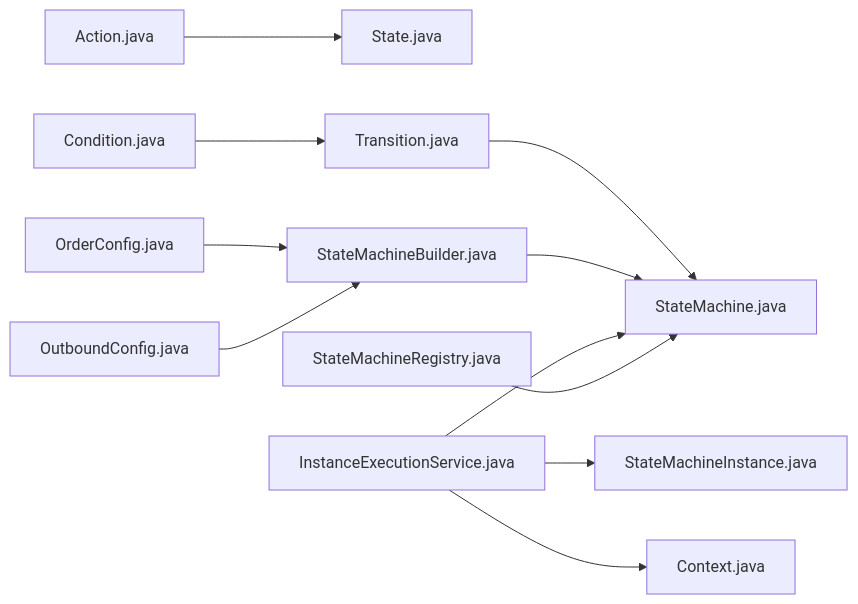
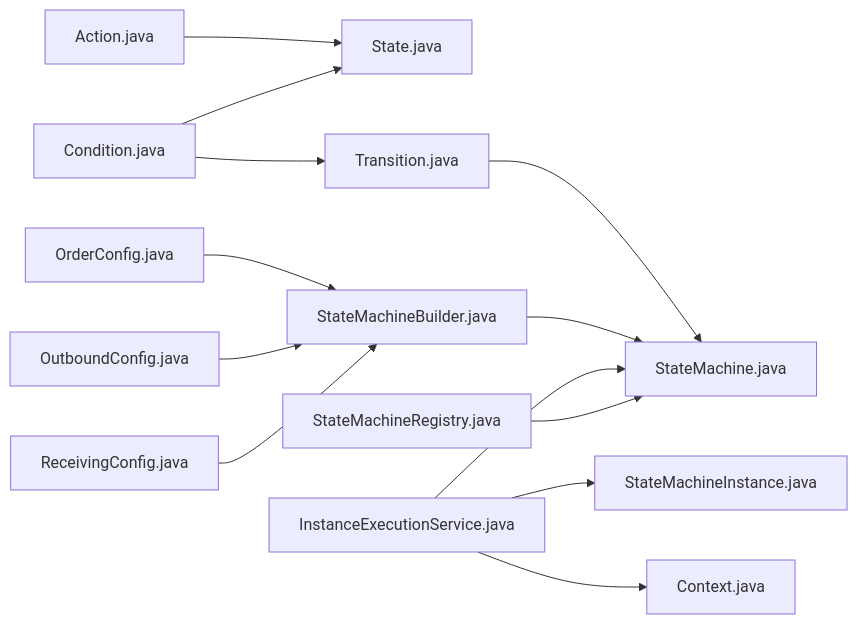
One commit to xiaoche80s-tech/state-machine-parent changed the seventh of 7 diagrams in .qoder/repowiki/zh/content/状态机定义/状态定义.md. Above: the diagram before and after it, drawn with Mermaid. The commit also changed other lines of this file and 17 other files, not shown here.

````diff
--- a/.qoder/repowiki/zh/content/状态机定义/状态定义.md
+++ b/.qoder/repowiki/zh/content/状态机定义/状态定义.md
@@ -370,13 +445,15 @@
 ```mermaid
 graph LR
 A["Action.java"] --> B["State.java"]
-C["Condition.java"] --> D["Transition.java"]
+C["Condition.java"] --> B
+C --> D["Transition.java"]
 D --> E["StateMachine.java"]
 F["StateMachineBuilder.java"] --> E
 G["InstanceExecutionService.java"] --> E
 G --> H["StateMachineInstance.java"]
 G --> I["Context.java"]
 J["StateMachineRegistry.java"] --> E
 K["OrderConfig.java"] --> F
 L["OutboundConfig.java"] --> F
+M["ReceivingConfig.java"] --> F
 ```
````
